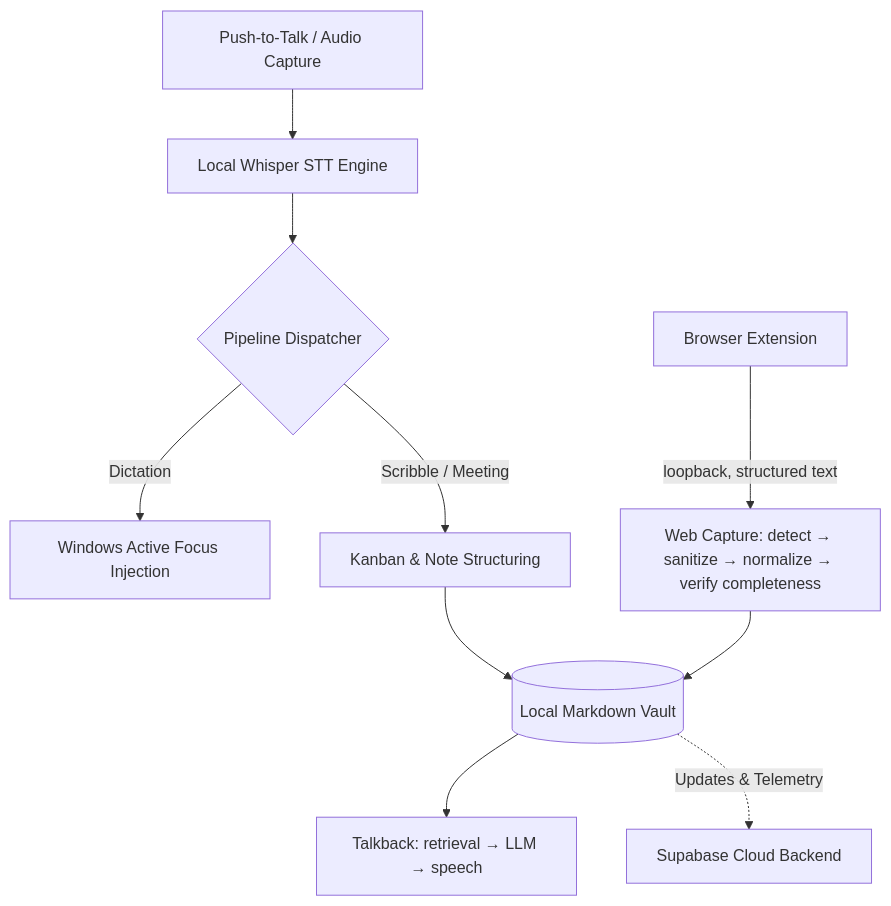
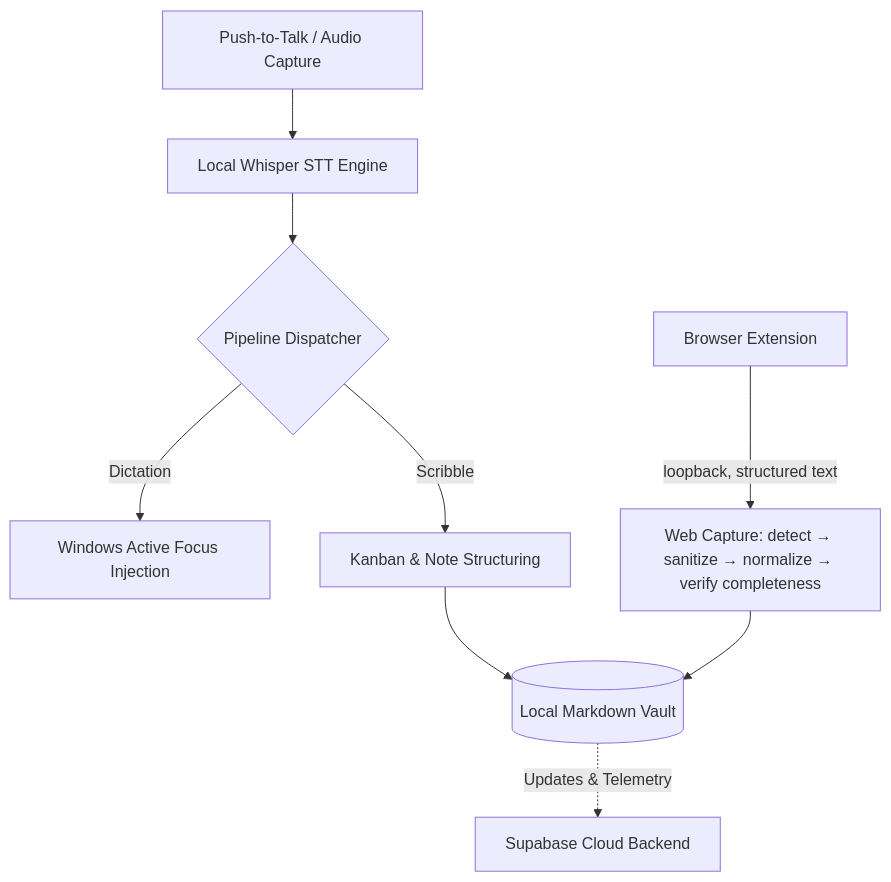
Before and after one commit to Nitinsudarshan/Relay: the diagram in README.md, drawn with Mermaid. The commit also changed other lines of this file and 192 other files, not shown here.

````diff
--- a/README.md
+++ b/README.md
@@ -65,12 +63,11 @@
 ```mermaid
 flowchart TD
     A[Push-to-Talk / Audio Capture] --> B[Local Whisper STT Engine]
     B --> C{Pipeline Dispatcher}
     C -->|Dictation| D[Windows Active Focus Injection]
-    C -->|Scribble / Meeting| E[Kanban & Note Structuring]
+    C -->|Scribble| E[Kanban & Note Structuring]
     W[Browser Extension] -->|loopback, structured text| X[Web Capture: detect → sanitize → normalize → verify completeness]
     X --> F[(Local Markdown Vault)]
     E --> F
-    F --> H[Talkback: retrieval → LLM → speech]
     F -.->|Updates & Telemetry| G[Supabase Cloud Backend]
 ```
````
